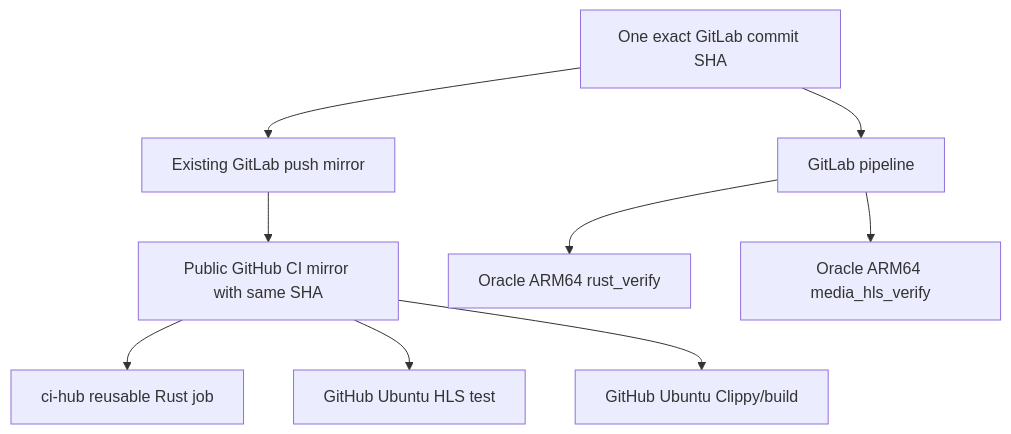
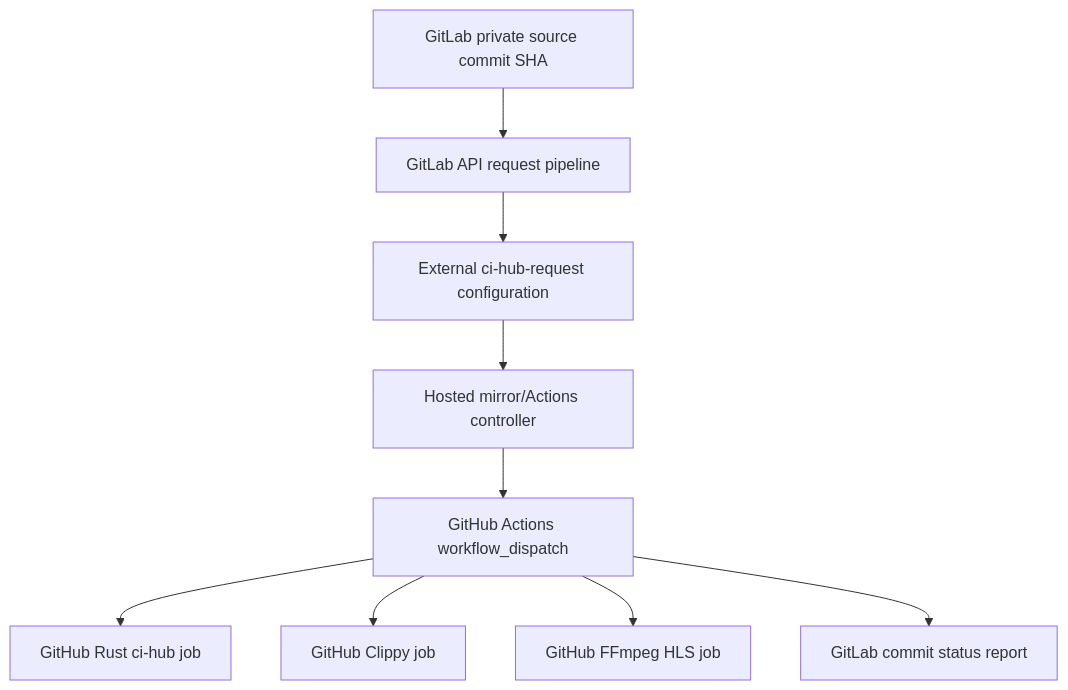
The diagram in docs/GITHUB_PARALLEL_CI.md (giinii06/my_streamio-ci-mirror), drawn with Mermaid before and after one commit. The commit also changed other lines of this file and 5 other files, not shown here.

Commit message:
docs(ci): make GitHub Actions the sole build/test provider

````diff
--- a/docs/GITHUB_PARALLEL_CI.md
+++ b/docs/GITHUB_PARALLEL_CI.md
@@ -13,11 +39,11 @@
 ```mermaid
 flowchart TD
-    A[One exact GitLab commit SHA] --> B[GitLab pipeline]
-    A --> C[Existing GitLab push mirror]
-    C --> D[Public GitHub CI mirror with same SHA]
-    B --> E[Oracle ARM64 rust_verify]
-    B --> F[Oracle ARM64 media_hls_verify]
-    D --> G[ci-hub reusable Rust job]
-    D --> H[GitHub Ubuntu HLS test]
-    D --> I[GitHub Ubuntu Clippy/build]
+  A[GitLab private source commit SHA] --> B[GitLab API request pipeline]
+  B --> C[External ci-hub-request configuration]
+  C --> D[Hosted mirror/Actions controller]
+  D --> E[GitHub Actions workflow_dispatch]
+  E --> F[GitHub Rust ci-hub job]
+  E --> G[GitHub Clippy job]
+  E --> H[GitHub FFmpeg HLS job]
+  E --> I[GitLab commit status report]
 ```
````
